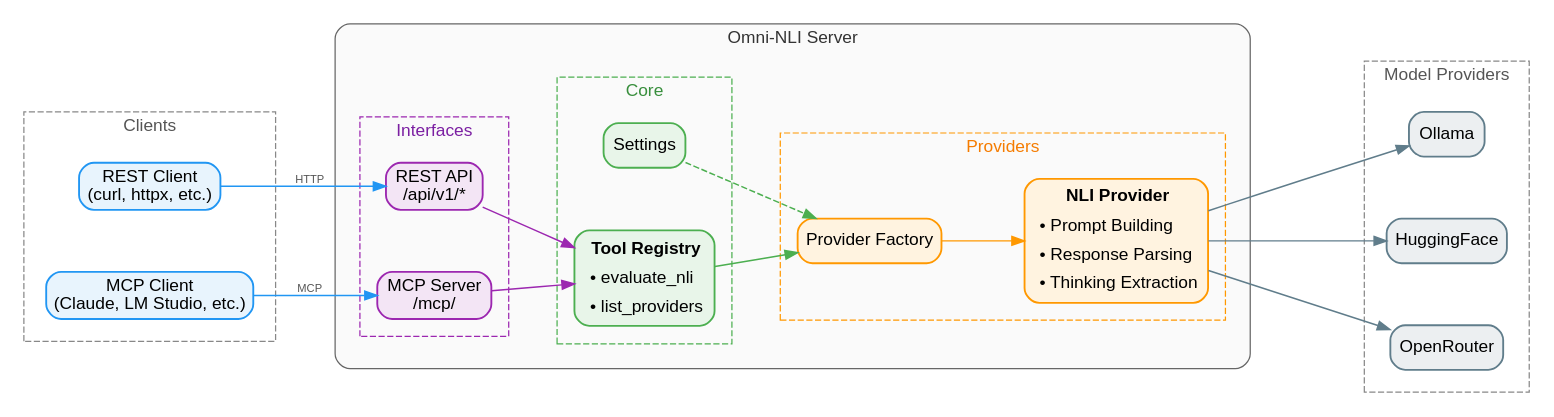
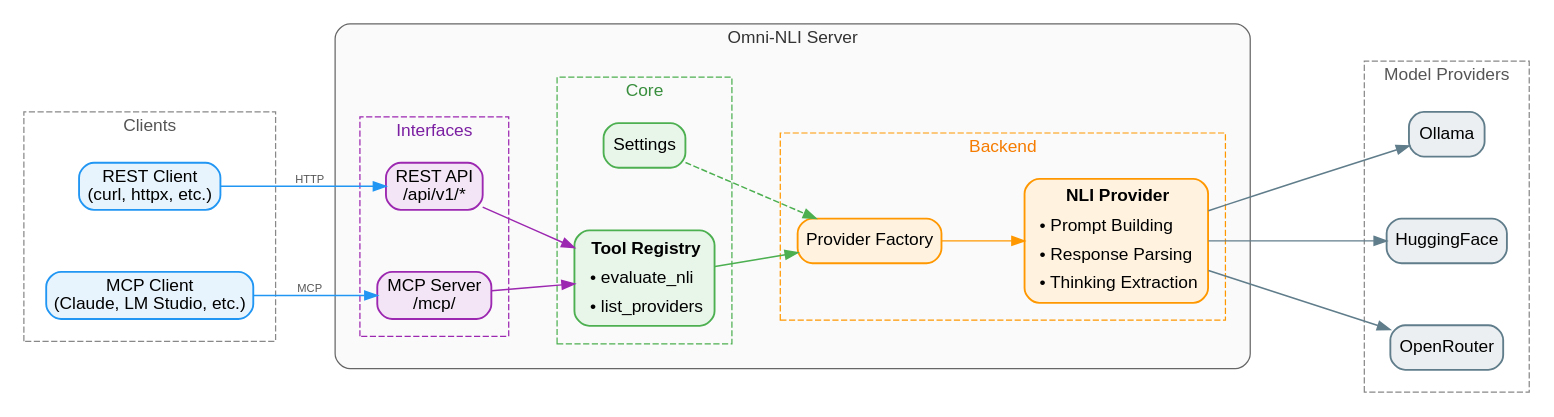
Before and after one commit to CogitatorTech/omni-nli: the diagram in docs/assets/diagrams/architecture.dot, drawn with Graphviz. The commit also changed 1 other file, not shown here.

```diff
--- a/docs/assets/diagrams/architecture.dot
+++ b/docs/assets/diagrams/architecture.dot
@@ -1,115 +1,115 @@
 digraph OmniNLIArchitecture {
 fontname = "Helvetica,Arial,sans-serif"
 layout = dot
 rankdir = LR
 ranksep = 0.9;
 nodesep = 0.7;
 splines = true;
 compound = true;
 bgcolor = "white"
 
 node [
 fontname = "Helvetica,Arial,sans-serif",
 shape = box,
 style = "filled,rounded",
 color = "#555555",
 fillcolor = "white",
 penwidth = 1.5
 ]
 edge [
 fontname = "Helvetica,Arial,sans-serif",
 color = "#333333",
 fontsize = 9,
 fontcolor = "#555555",
 labeldistance = 2.0,
 penwidth = 1.2
 ]
 
 subgraph cluster_clients {
 label = "Clients"
 style = "dashed"
 color = "#888888"
 fontcolor = "#555555"
 margin = 18
 rest_client [label = "REST Client\n(curl, httpx, etc.)", fillcolor = "#E8F4FD", color = "#2196F3"]
 mcp_client [label = "MCP Client\n(Claude, LM Studio, etc.)", fillcolor = "#E8F4FD", color = "#2196F3"]
 }
 
 subgraph cluster_server {
 label = "Omni-NLI Server"
 style = "rounded"
 color = "#666666"
 fontcolor = "#333333"
 bgcolor = "#FAFAFA"
 margin = 20
 
 subgraph cluster_interfaces {
 label = "Interfaces"
 style = "dashed"
 color = "#9C27B0"
 fontcolor = "#7B1FA2"
 margin = 14
 rest_api [label = "REST API\n/api/v1/*", fillcolor = "#F3E5F5", color = "#9C27B0"]
 mcp_server [label = "MCP Server\n/mcp/", fillcolor = "#F3E5F5", color = "#9C27B0"]
 }
 
 subgraph cluster_core {
 label = "Core"
 style = "dashed"
 color = "#4CAF50"
 fontcolor = "#388E3C"
 margin = 14
 tool_registry [label = <<table border="0" cellborder="0" cellspacing="0" cellpadding="4">
 <tr><td align="center"><b>Tool Registry</b></td></tr>
 <tr><td align="left" balign="left">• evaluate_nli</td></tr>
 <tr><td align="left" balign="left">• list_providers</td></tr>
 </table>>, fillcolor = "#E8F5E9", color = "#4CAF50", shape = box]
 settings [label = "Settings", fillcolor = "#E8F5E9", color = "#4CAF50"]
 }
 
 subgraph cluster_providers {
-label = "Providers"
+label = "Backend"
 style = "dashed"
 color = "#FF9800"
 fontcolor = "#F57C00"
 margin = 14
 provider_factory [label = "Provider Factory", fillcolor = "#FFF3E0", color = "#FF9800"]
 base_provider [label = <<table border="0" cellborder="0" cellspacing="0" cellpadding="4">
 <tr><td align="center"><b>NLI Provider</b></td></tr>
 <tr><td align="left" balign="left">• Prompt Building</td></tr>
 <tr><td align="left" balign="left">• Response Parsing</td></tr>
 <tr><td align="left" balign="left">• Thinking Extraction</td></tr>
 </table>>, fillcolor = "#FFF3E0", color = "#FF9800", shape = box]
 }
 }
 
 subgraph cluster_backends {
 label = "Model Providers"
 style = "dashed"
 color = "#888888"
 fontcolor = "#555555"
 margin = 18
 ollama [label = "Ollama", fillcolor = "#ECEFF1", color = "#607D8B"]
 huggingface [label = "HuggingFace", fillcolor = "#ECEFF1", color = "#607D8B"]
 openrouter [label = "OpenRouter", fillcolor = "#ECEFF1", color = "#607D8B"]
 }
 
 // Client connections
 rest_client -> rest_api [label = "HTTP", color = "#2196F3"]
 mcp_client -> mcp_server [label = "MCP", color = "#2196F3"]
 
 // Interface to core
 rest_api -> tool_registry [color = "#9C27B0"]
 mcp_server -> tool_registry [color = "#9C27B0"]
 
 // Core to providers
 tool_registry -> provider_factory [color = "#4CAF50"]
 settings -> provider_factory [style = "dashed", color = "#4CAF50"]
 provider_factory -> base_provider [color = "#FF9800"]
 
 // Providers to backends
 base_provider -> ollama [minlen = 2, color = "#607D8B"]
 base_provider -> huggingface [minlen = 2, color = "#607D8B"]
 base_provider -> openrouter [minlen = 2, color = "#607D8B"]
 
 }
```
